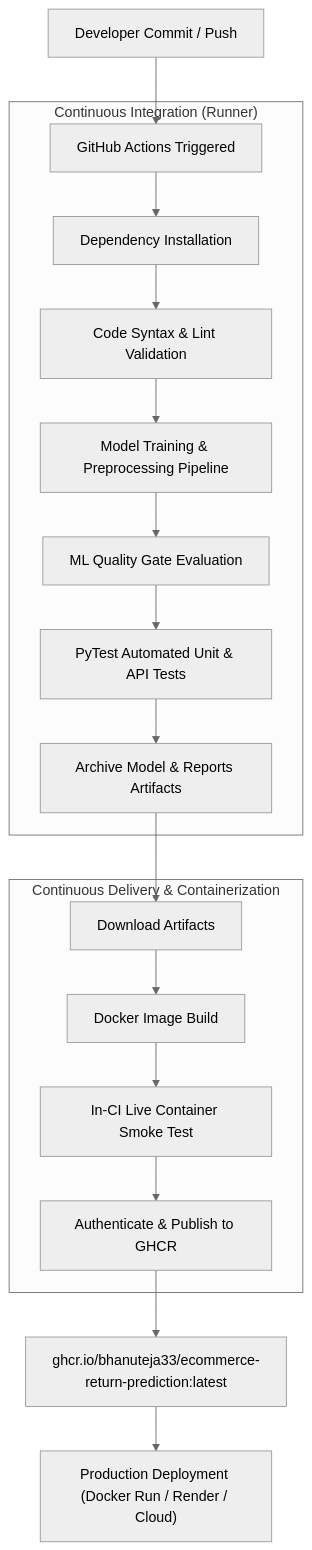
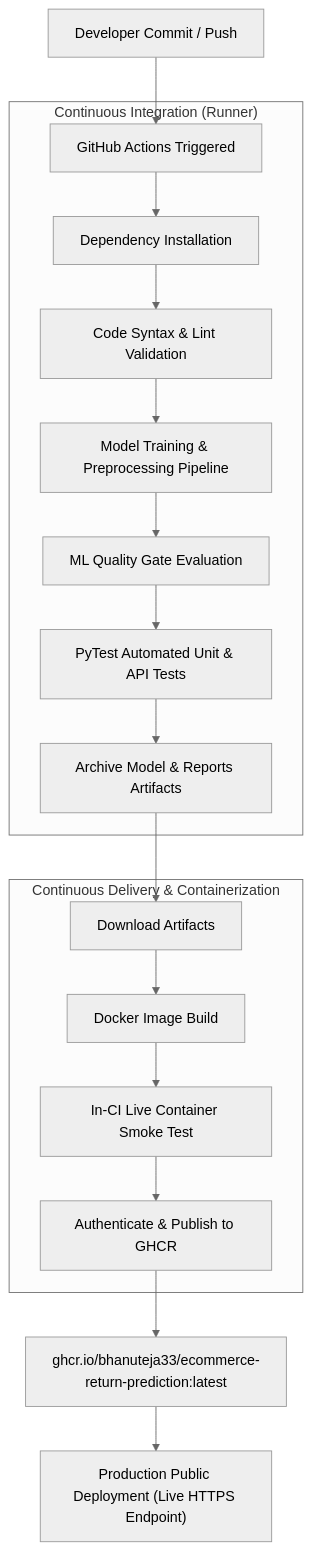
The diagram in README.md (BhanuTeja33/ecommerce-return-prediction-ci-cd), drawn with Mermaid (neutral theme) before and after one commit. The commit also changed other lines of this file and 5 other files, not shown here.

Commit message:
docs & feat: update public live deployment links and embed screenshot report generator

````diff
--- a/README.md
+++ b/README.md
@@ -30,20 +42,20 @@
 ```mermaid
 flowchart TD
     A["Developer Commit / Push"] --> B["GitHub Actions Triggered"]
     subgraph CI ["Continuous Integration (Runner)"]
         B --> C["Dependency Installation"]
         C --> D["Code Syntax & Lint Validation"]
         D --> E["Model Training & Preprocessing Pipeline"]
         E --> F["ML Quality Gate Evaluation"]
         F --> G["PyTest Automated Unit & API Tests"]
         G --> H["Archive Model & Reports Artifacts"]
     end
     subgraph CD ["Continuous Delivery & Containerization"]
         H --> I["Download Artifacts"]
         I --> J["Docker Image Build"]
         J --> K["In-CI Live Container Smoke Test"]
         K --> L["Authenticate & Publish to GHCR"]
     end
     L --> M["ghcr.io/bhanuteja33/ecommerce-return-prediction:latest"]
-    M --> N["Production Deployment (Docker Run / Render / Cloud)"]
+    M --> N["Production Public Deployment (Live HTTPS Endpoint)"]
 ```
````
